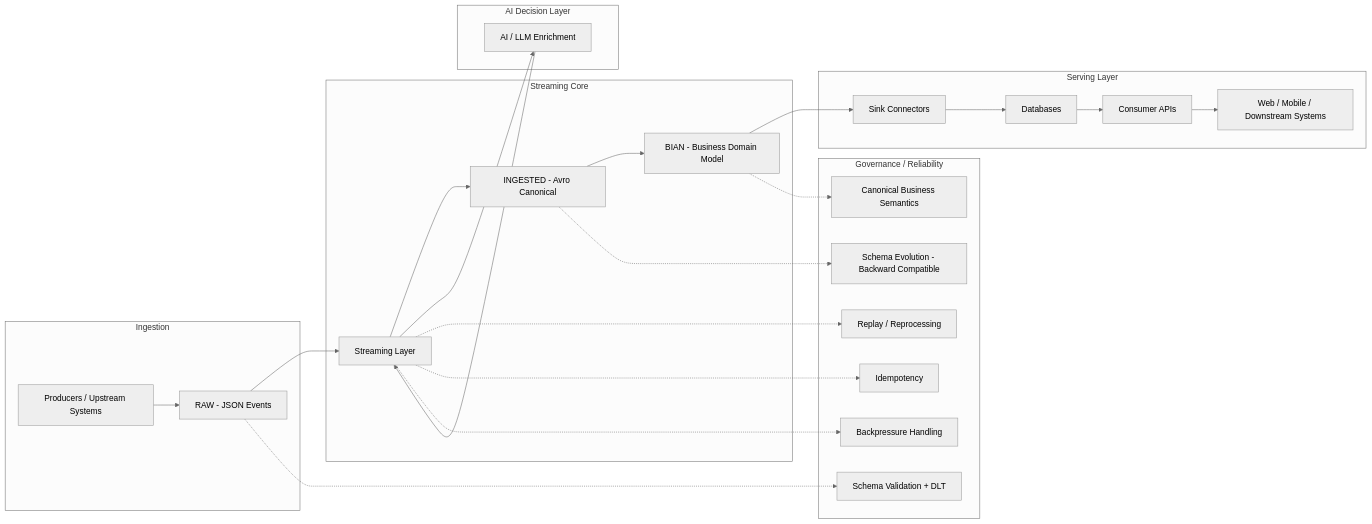
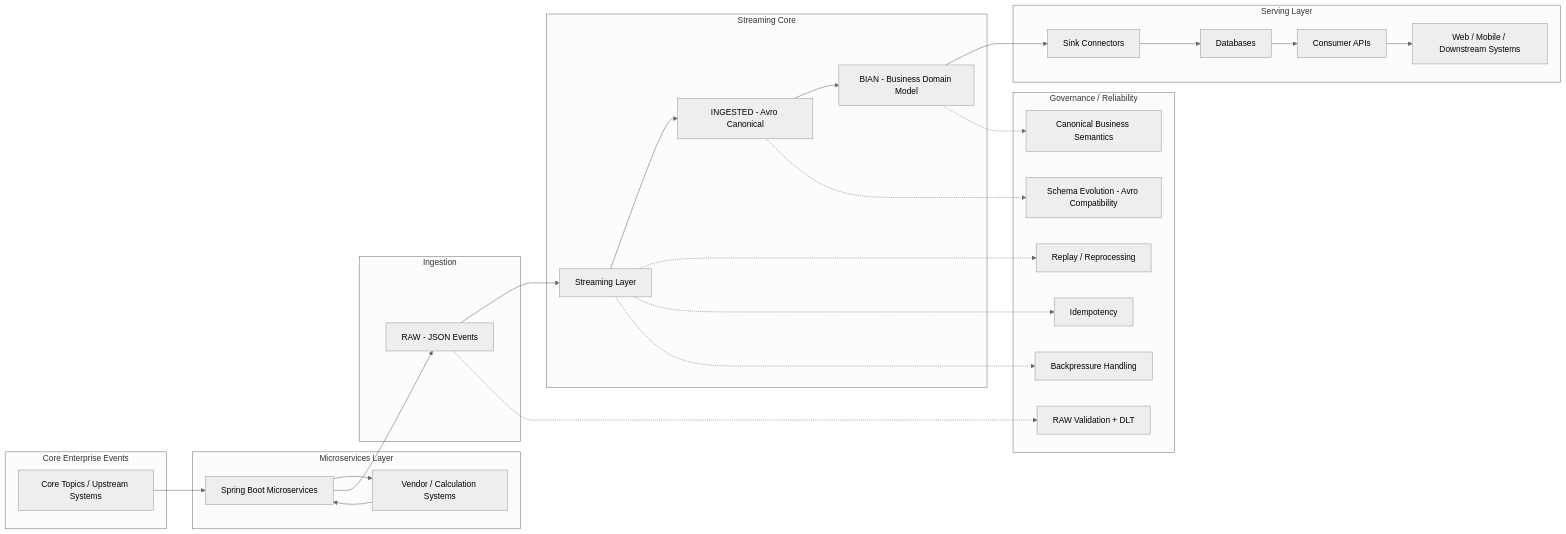
Before and after one commit to renatosviana/renatosviana: the diagram in README.md, drawn with Mermaid (neutral theme).

Commit message:
Update mermaid diagram in README.md

````diff
--- a/README.md
+++ b/README.md
@@ -32,34 +32,50 @@
 ```mermaid
 flowchart LR
 
+    subgraph SRC[Core Enterprise Events]
+        A[Core Topics / Upstream Systems]
+    end
+
+    subgraph Orchestration[Microservices Layer]
+        B[Spring Boot Microservices]
+        C[Vendor / Calculation Systems]
+    end
+
     subgraph ING[Ingestion]
-        A[Producers / Upstream Systems] --> B[RAW - JSON Events]
+        D[RAW - JSON Events]
     end
 
     subgraph CORE[Streaming Core]
-        B --> C[Streaming Layer]
-        C --> D[INGESTED - Avro Canonical]
-        D --> E[BIAN - Business Domain Model]
+        E[Streaming Layer]
+        F[INGESTED - Avro Canonical]
+        G[BIAN - Business Domain Model]
     end
 
     subgraph SERVE[Serving Layer]
-        E --> F[Sink Connectors]
-        F --> G[Databases]
-        G --> H[Consumer APIs]
-        H --> I[Web / Mobile / Downstream Systems]
+        H[Sink Connectors]
+        I[Databases]
+        J[Consumer APIs]
+        K[Web / Mobile / Downstream Systems]
     end
 
-    subgraph AI[AI Decision Layer]
-        C --> J[AI / LLM Enrichment]
-        J --> C
-    end
+    A --> B
+    B --> C
+    C --> B
+    B --> D
+    D --> E
+    E --> F
+    F --> G
+    G --> H
+    H --> I
+    I --> J
+    J --> K
 
     subgraph GOV[Governance / Reliability]
-        B -.-> K[Schema Validation + DLT]
-        D -.-> L[Schema Evolution - Backward Compatible]
-        E -.-> M[Canonical Business Semantics]
-        C -.-> N[Replay / Reprocessing]
-        C -.-> O[Idempotency]
-        C -.-> P[Backpressure Handling]
+        D -.-> L[RAW Validation + DLT]
+        F -.-> M[Schema Evolution - Avro Compatibility]
+        G -.-> N[Canonical Business Semantics]
+        E -.-> O[Replay / Reprocessing]
+        E -.-> P[Idempotency]
+        E -.-> Q[Backpressure Handling]
     end
 ```
````
